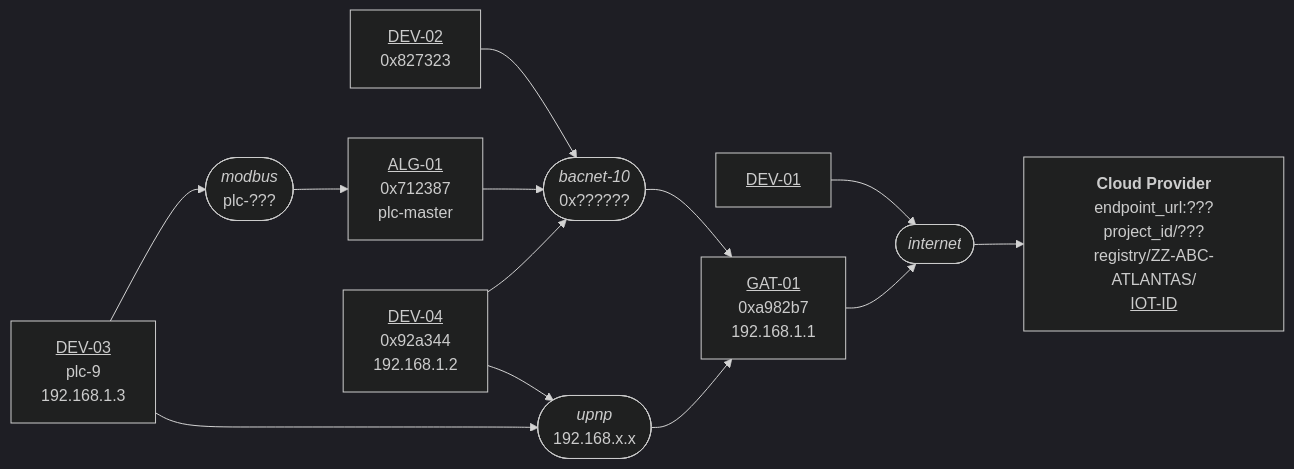
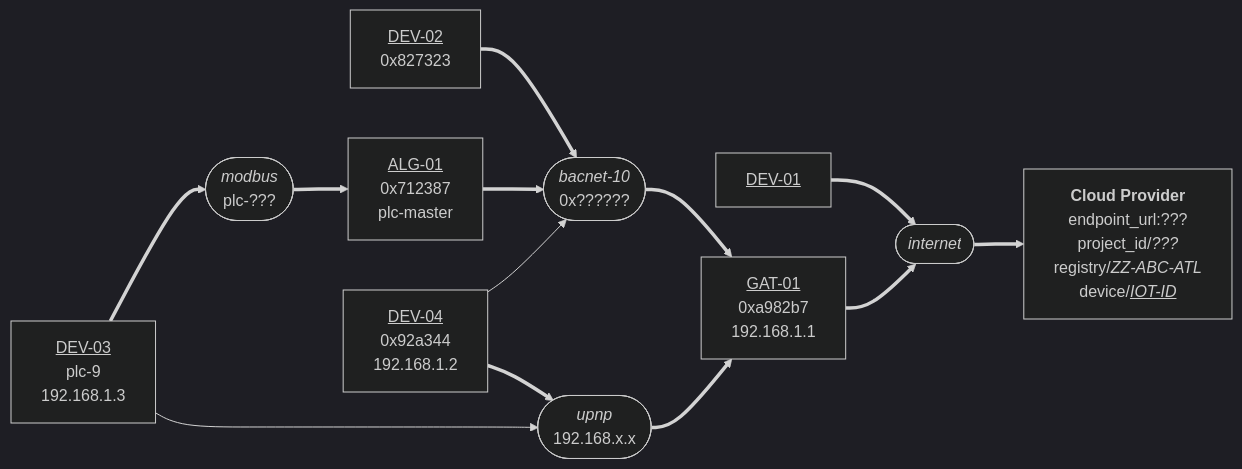
Before and after one commit to faucetsdn/udmi: the diagram in docs/specs/topology.md, drawn with Mermaid (dark theme). The commit also changed other lines of this file, not shown here.

````diff
--- a/docs/specs/topology.md
+++ b/docs/specs/topology.md
@@ -22,27 +22,27 @@
 ```mermaid
 %%{wrap}%%
 flowchart LR
   D2[<u>DEV-02</u><br/>0x827323]
   D1[<u>DEV-01</u>]
   LG[<u>ALG-01</u><br/>0x712387<br/>plc-master]
   D3[<u>DEV-03</u><br/>plc-9<br/>192.168.1.3]
   D4[<u>DEV-04</u><br/>0x92a344<br/>192.168.1.2]
   IG[<u>GAT-01</u><br/>0xa982b7<br/>192.168.1.1]
   BN([<i>bacnet-10</i><br/>0x??????])
   MB([<i>modbus</i><br/>plc-???])
   IP([<i>upnp</i><br/>192.168.x.x])
   IN([<i>internet</i>])
-  CP[<b>Cloud Provider</b><br/>endpoint_url:???<br/>project_id/???<br/>registry/ZZ-ABC-ATLANTAS/<br/><u>IOT-ID</u>]
-  D2 --> BN
-  D4 --> IP
+  CP[<b>Cloud Provider</b><br/>endpoint_url:???<br/>project_id/<i>???</i><br/>registry/<i>ZZ-ABC-ATL</i><br/>device/<i><u>IOT-ID</u></i>]
+  D2 ==> BN
+  D4 ==> IP
   D3 --> IP
-  LG --> BN
+  LG ==> BN
   D4 --> BN
-  D1 --> IN
-  D3 --> MB
-  IG --> IN
-  BN --> IG
-  IP --> IG
-  IN --> CP
-  MB --> LG
+  D1 ==> IN
+  D3 ==> MB
+  IG ==> IN
+  BN ==> IG
+  IP ==> IG
+  IN ==> CP
+  MB ==> LG
 ```
````
